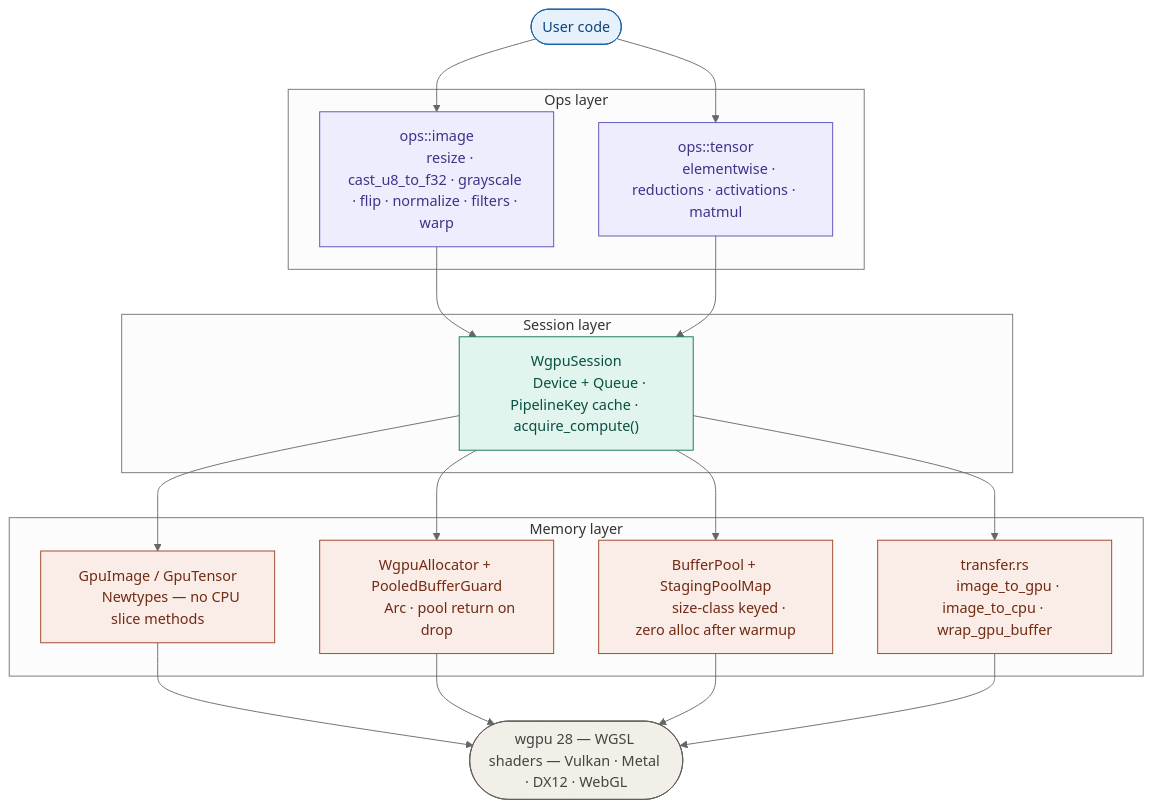
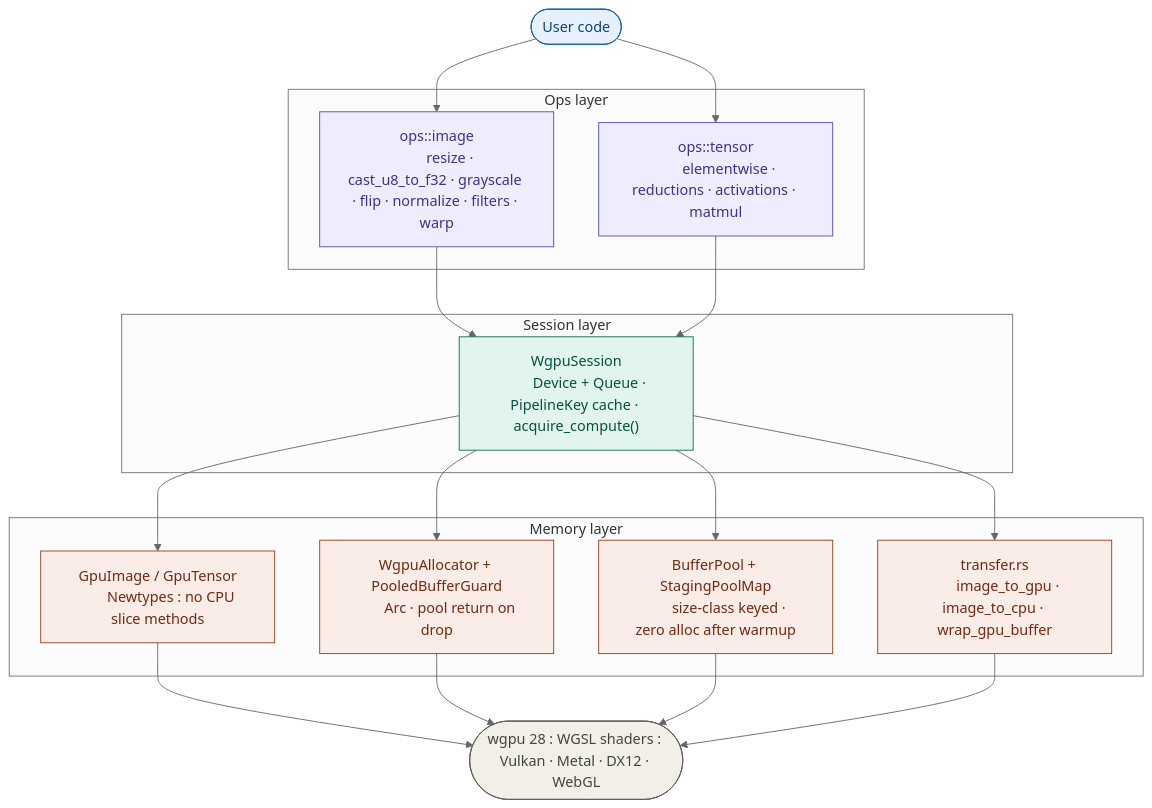
Before and after one commit to Nyx128/kornia-rs: the diagram in crates/kornia-wgpu/README.md, drawn with Mermaid (neutral theme). The commit also changed other lines of this file, not shown here.

````diff
--- a/crates/kornia-wgpu/README.md
+++ b/crates/kornia-wgpu/README.md
@@ -48,40 +65,40 @@
 ```mermaid
 flowchart TB
     U(["User code"]):::user
 
     subgraph OPS["  Ops layer  "]
         OI["ops::image
         resize · cast_u8_to_f32 · grayscale · flip · normalize · filters · warp"]:::ops
         OT["ops::tensor
         elementwise · reductions · activations · matmul"]:::ops
     end
 
     subgraph SES["  Session layer  "]
         S["WgpuSession
         Device + Queue · PipelineKey cache · acquire_compute()"]:::session
     end
 
     subgraph MEM["  Memory layer  "]
         GT["GpuImage / GpuTensor
-        Newtypes — no CPU slice methods"]:::memory
+        Newtypes : no CPU slice methods"]:::memory
         MA["WgpuAllocator + PooledBufferGuard
         Arc<wgpu::Buffer> · pool return on drop"]:::memory
         MP["BufferPool + StagingPoolMap
         size-class keyed · zero alloc after warmup"]:::memory
         MT["transfer.rs
         image_to_gpu · image_to_cpu · wrap_gpu_buffer"]:::memory
     end
 
-    W(["wgpu 28 — WGSL shaders — Vulkan · Metal · DX12 · WebGL"]):::wgpu
+    W(["wgpu 28 : WGSL shaders : Vulkan · Metal · DX12 · WebGL"]):::wgpu
 
     U --> OI & OT
     OI & OT --> S
     S --> GT & MA & MP & MT
     GT & MA & MP & MT --> W
 
     classDef user    fill:#E6F1FB,stroke:#185FA5,color:#0C447C
     classDef ops     fill:#EEEDFE,stroke:#534AB7,color:#3C3489
     classDef session fill:#E1F5EE,stroke:#0F6E56,color:#085041
     classDef memory  fill:#FAECE7,stroke:#993C1D,color:#712B13
     classDef wgpu    fill:#F1EFE8,stroke:#5F5E5A,color:#444441
 ```
````
